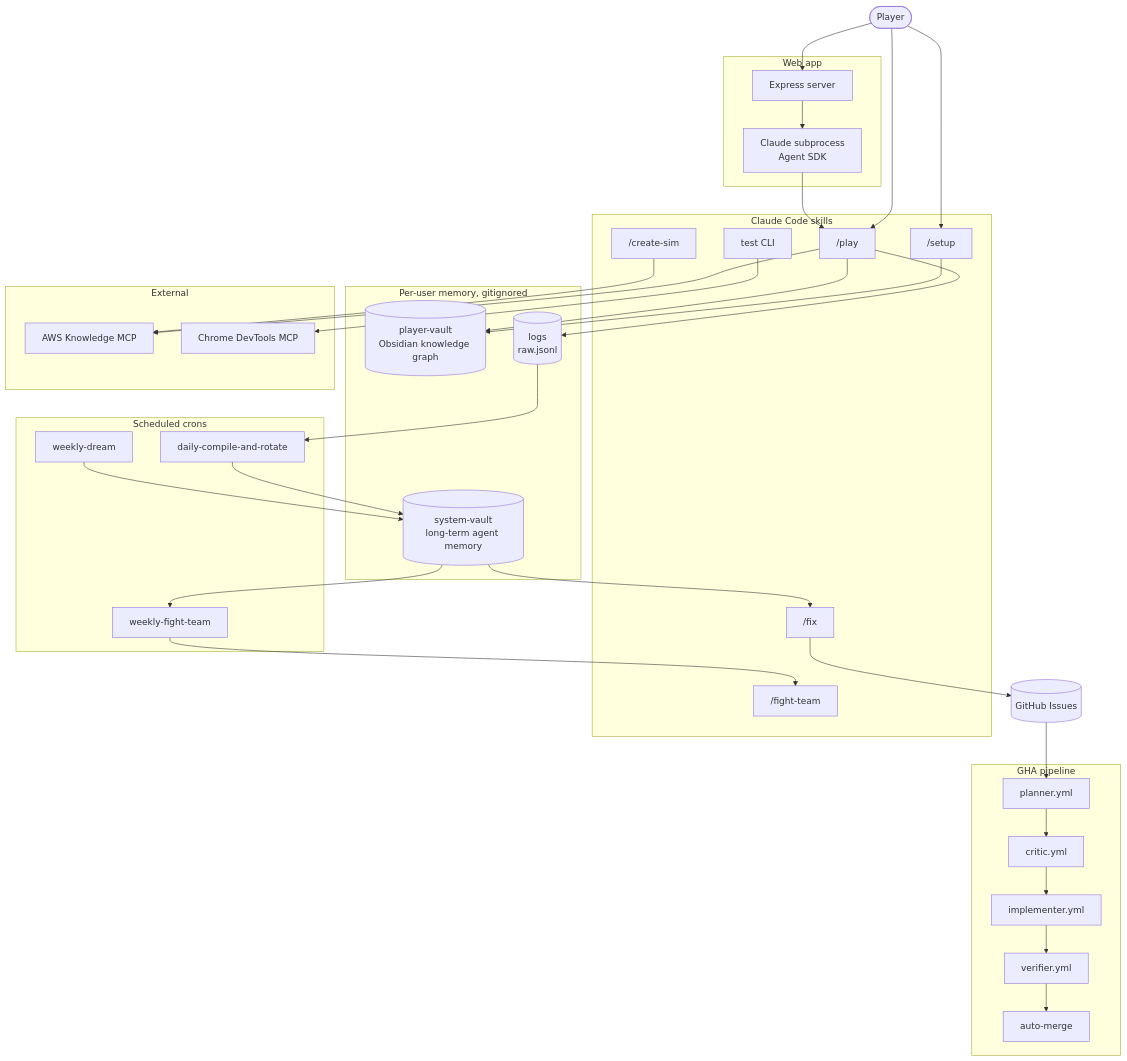
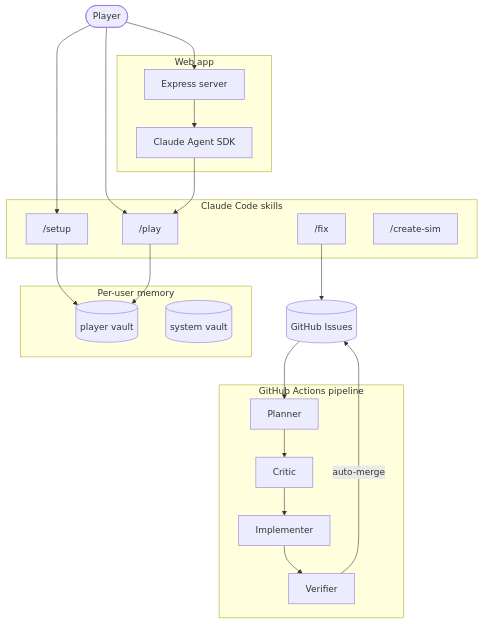
The second of 2 diagrams in README.md (drashtishah/aws-simulator), drawn with Mermaid before and after one commit. The commit also changed other lines of this file, not shown here.

Commit message:
docs: simplify README for clarity
Remove implementation details (file names, cron configs, yml references).
Focus on what each piece does, not how. Add personalized learning angle
to sim authoring. Remove scheduled crons and verification-by-separate-agents
sections (covered by pipeline). Simplify diagram.

Ref #173

````diff
--- a/README.md
+++ b/README.md
@@ -34,68 +34,43 @@
 ```mermaid
 flowchart TB
   Player([Player])
   Issues[(GitHub Issues)]
 
   subgraph Skills[Claude Code skills]
     Setup["/setup"]
     Play["/play"]
     Fix["/fix"]
-    FightTeam["/fight-team"]
     CreateSim["/create-sim"]
-    Test[test CLI]
   end
 
-  subgraph Crons[Scheduled crons]
-    Compile[daily-compile-and-rotate]
-    Dream[weekly-dream]
-    WeeklyFight[weekly-fight-team]
-  end
-
-  subgraph Memory[Per-user memory, gitignored]
-    PlayerVault[(player-vault<br/>Obsidian knowledge graph)]
-    SystemVault[(system-vault<br/>long-term agent memory)]
-    Logs[(logs<br/>raw.jsonl)]
+  subgraph Memory[Per-user memory]
+    PlayerVault[(player vault)]
+    SystemVault[(system vault)]
   end
 
   subgraph Web[Web app]
     Express[Express server]
-    Subprocess[Claude subprocess<br/>Agent SDK]
+    Claude[Claude Agent SDK]
   end
 
-  subgraph External[External]
-    AwsMcp[AWS Knowledge MCP]
-    DevtoolsMcp[Chrome DevTools MCP]
-  end
-
-  subgraph GHA[GHA pipeline]
-    Planner[planner.yml]
-    Critic[critic.yml]
-    Implementer[implementer.yml]
-    Verifier[verifier.yml]
-    AutoMerge[auto-merge]
+  subgraph Pipeline[GitHub Actions pipeline]
+    Planner[Planner]
+    Critic[Critic]
+    Implementer[Implementer]
+    Verifier[Verifier]
   end
 
   Player --> Setup
   Player --> Play
   Player --> Express
-  Express --> Subprocess
-  Subprocess --> Play
+  Express --> Claude
+  Claude --> Play
   Setup --> PlayerVault
   Play --> PlayerVault
-  Play --> Logs
-  Logs --> Compile
-  Compile --> SystemVault
-  SystemVault --> Fix
-  SystemVault --> WeeklyFight
-  WeeklyFight --> FightTeam
-  Dream --> SystemVault
   Fix --> Issues
   Issues --> Planner
   Planner --> Critic
   Critic --> Implementer
   Implementer --> Verifier
-  Verifier --> AutoMerge
-  Play --> AwsMcp
-  CreateSim --> AwsMcp
-  Test --> DevtoolsMcp
+  Verifier -->|auto-merge| Issues
 ```
````
